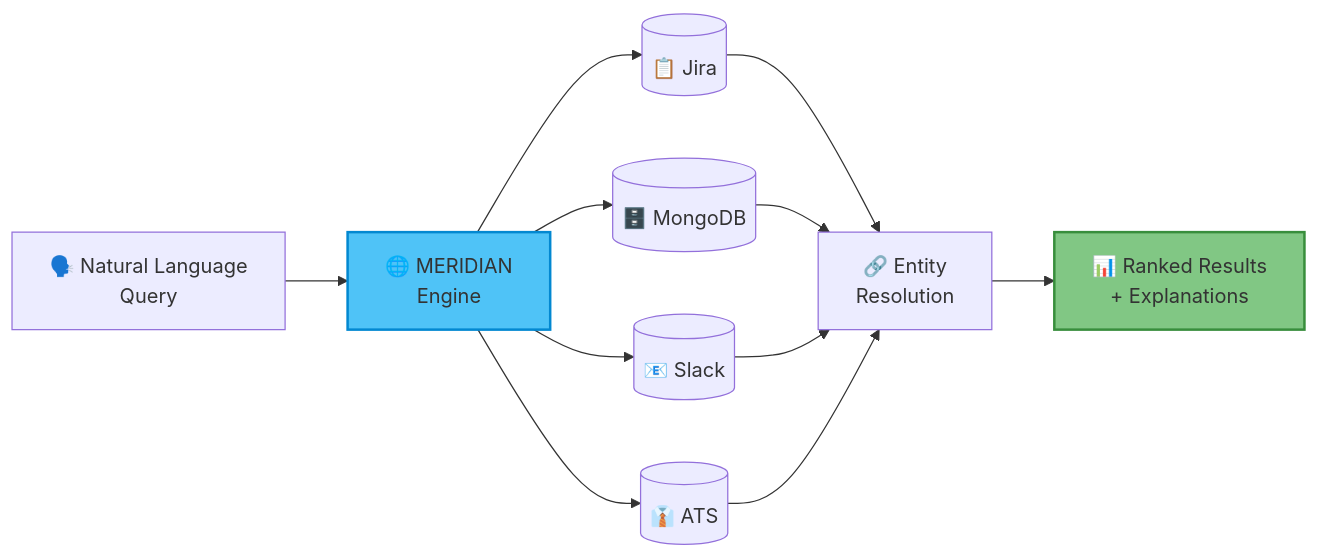
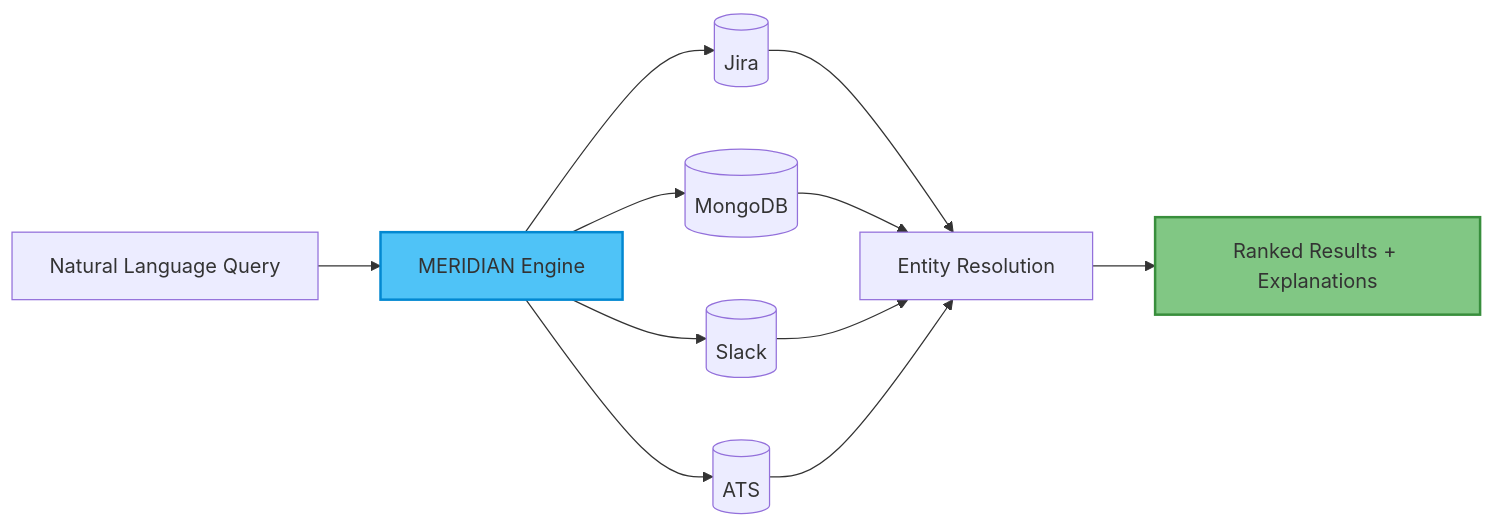
The second of 10 diagrams in README.md (Arjun-Walia/MERIDIAN-), drawn with Mermaid before and after one commit. The commit also changed other lines of this file, not shown here.

````diff
--- a/README.md
+++ b/README.md
@@ -170,19 +126,19 @@
 ```mermaid
 flowchart LR
-    Q["🗣️ Natural Language<br/>Query"] --> M["🌐 MERIDIAN<br/>Engine"]
+    Q["Natural Language Query"] --> M["MERIDIAN Engine"]
     
-    M --> S1[("📋 Jira")]
-    M --> S2[("🗄️ MongoDB")]
-    M --> S3[("📧 Slack")]
-    M --> S4[("👔 ATS")]
+    M --> S1[("Jira")]
+    M --> S2[("MongoDB")]
+    M --> S3[("Slack")]
+    M --> S4[("ATS")]
     
-    S1 --> ER["🔗 Entity<br/>Resolution"]
+    S1 --> ER["Entity Resolution"]
     S2 --> ER
     S3 --> ER
     S4 --> ER
     
-    ER --> R["📊 Ranked Results<br/>+ Explanations"]
+    ER --> R["Ranked Results + Explanations"]
     
     style M fill:#4fc3f7,stroke:#0288d1,stroke-width:2px
     style R fill:#81c784,stroke:#388e3c,stroke-width:2px
 ```
````
